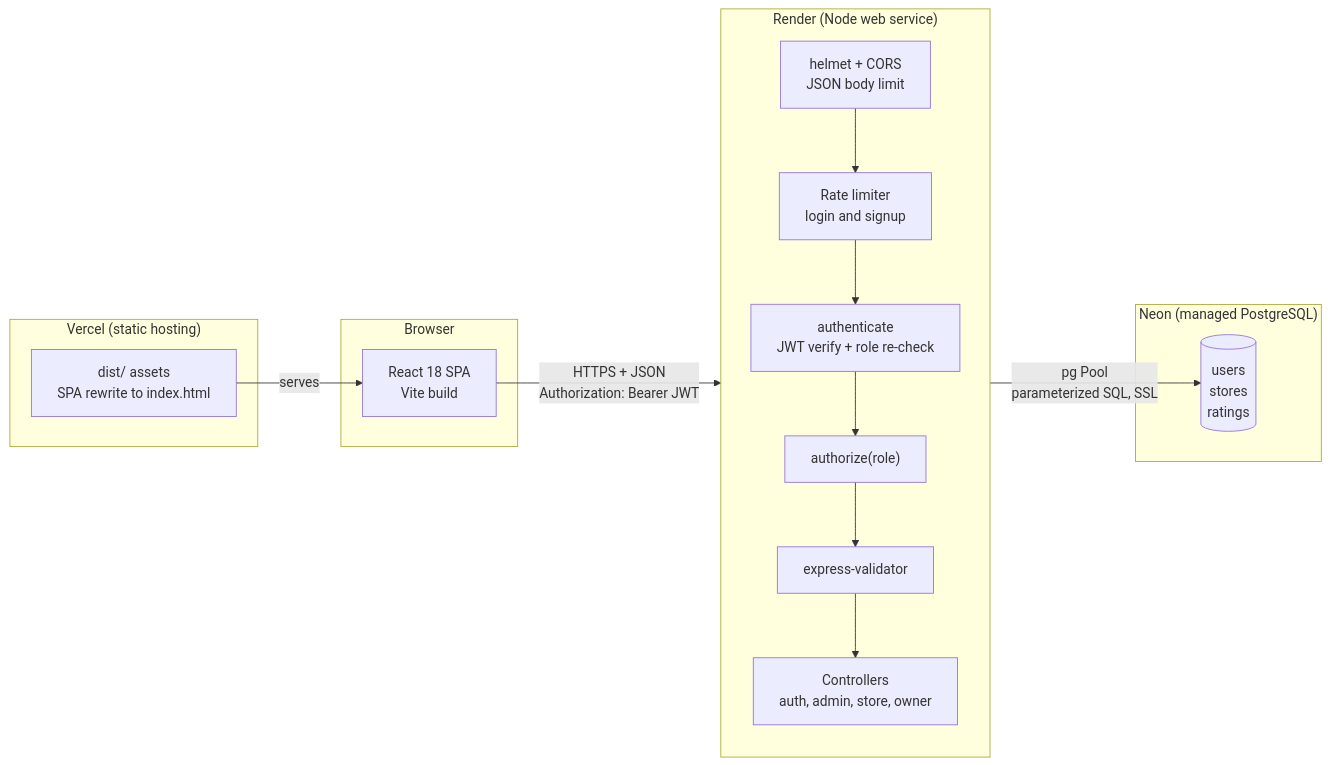
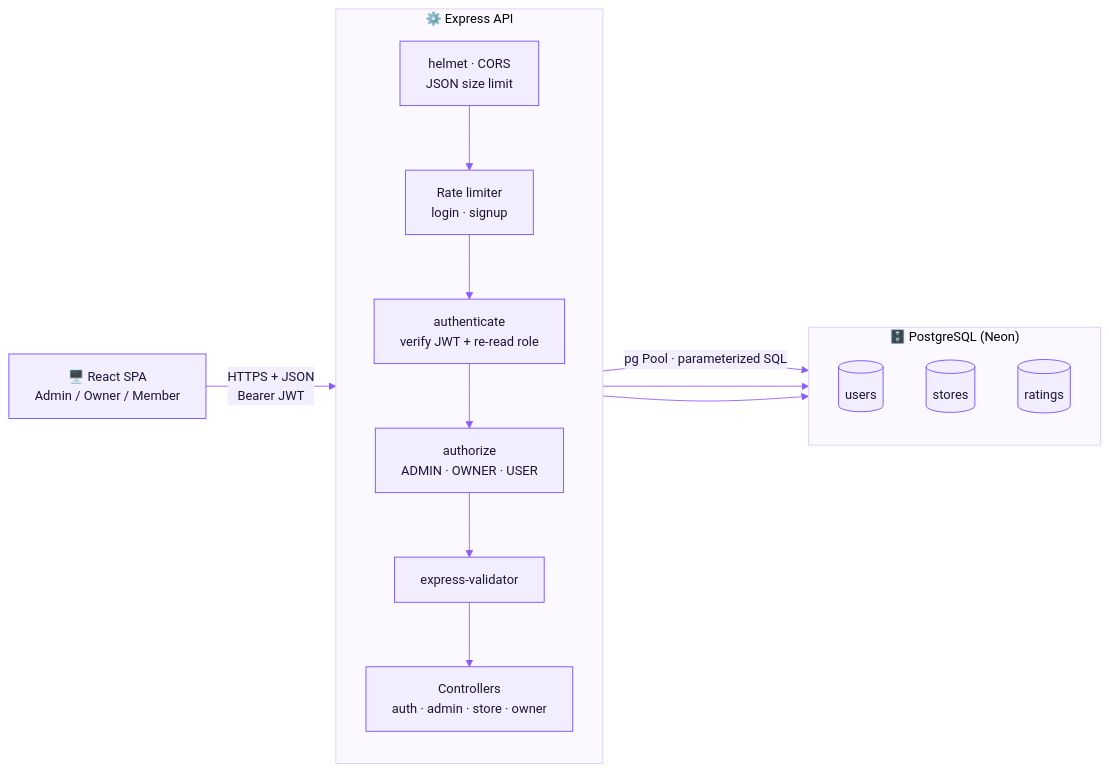
The first of 4 diagrams in README.md (shakibuddin677-shakib/roxiler-store-rating-system), drawn with Mermaid before and after one commit. The commit also changed other lines of this file, not shown here.

````diff
--- a/README.md
+++ b/README.md
@@ -86,29 +147,37 @@
 ```mermaid
+%%{init: {'theme':'base', 'themeVariables': {
+  'primaryColor': '#F3EEFF',
+  'primaryBorderColor': '#6d4aff',
+  'primaryTextColor': '#1b1633',
+  'lineColor': '#8b5cf6',
+  'clusterBkg': '#FBF9FF',
+  'clusterBorder': '#D9CCFF',
+  'fontSize': '15px',
+  'edgeLabelBackground': '#F3EEFF'
+}}}%%
 flowchart LR
-    subgraph Client["Browser"]
-        SPA["React 18 SPA<br/>Vite build"]
-    end
+    UI["🖥️ React SPA<br/>Admin / Owner / Member"]
 
-    subgraph Vercel["Vercel (static hosting)"]
-        CDN["dist/ assets<br/>SPA rewrite to index.html"]
-    end
-
-    subgraph Render["Render (Node web service)"]
+    subgraph API["⚙️ Express API"]
         direction TB
-        SEC["helmet + CORS<br/>JSON body limit"]
-        RL["Rate limiter<br/>login and signup"]
-        AUTH["authenticate<br/>JWT verify + role re-check"]
-        RBAC["authorize(role)"]
+        SEC["helmet · CORS<br/>JSON size limit"]
+        RL["Rate limiter<br/>login · signup"]
+        AUTH["authenticate<br/>verify JWT + re-read role"]
+        RBAC["authorize<br/>ADMIN · OWNER · USER"]
         VAL["express-validator"]
-        CTRL["Controllers<br/>auth, admin, store, owner"]
+        CTRL["Controllers<br/>auth · admin · store · owner"]
         SEC --> RL --> AUTH --> RBAC --> VAL --> CTRL
     end
 
-    subgraph Neon["Neon (managed PostgreSQL)"]
-        DB[("users<br/>stores<br/>ratings")]
+    subgraph DB["🗄️ PostgreSQL (Neon)"]
+        direction TB
+        T1[("users")]
+        T2[("stores")]
+        T3[("ratings")]
     end
 
-    CDN -- serves --> SPA
-    SPA -- "HTTPS + JSON<br/>Authorization: Bearer JWT" --> SEC
-    CTRL -- "pg Pool<br/>parameterized SQL, SSL" --> DB
+    UI -->|"HTTPS + JSON<br/>Bearer JWT"| SEC
+    CTRL -->|"pg Pool · parameterized SQL"| T1
+    CTRL --> T2
+    CTRL --> T3
 ```
````
